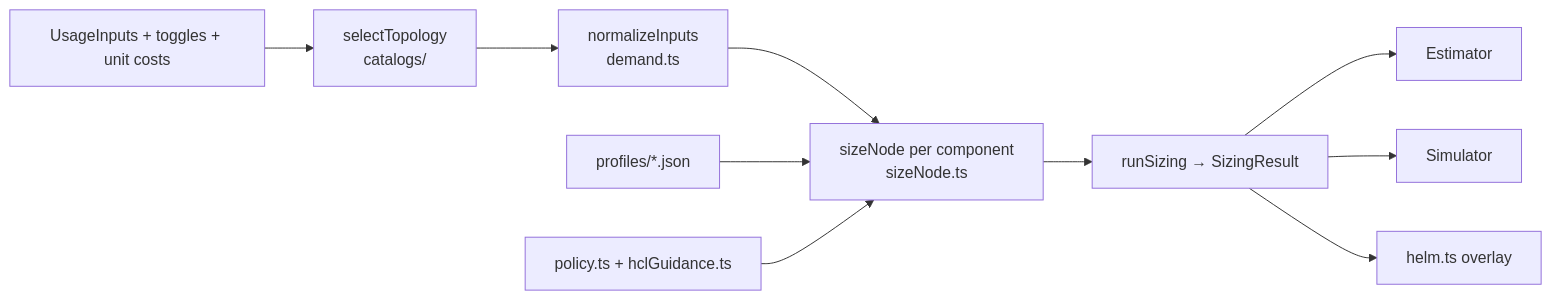
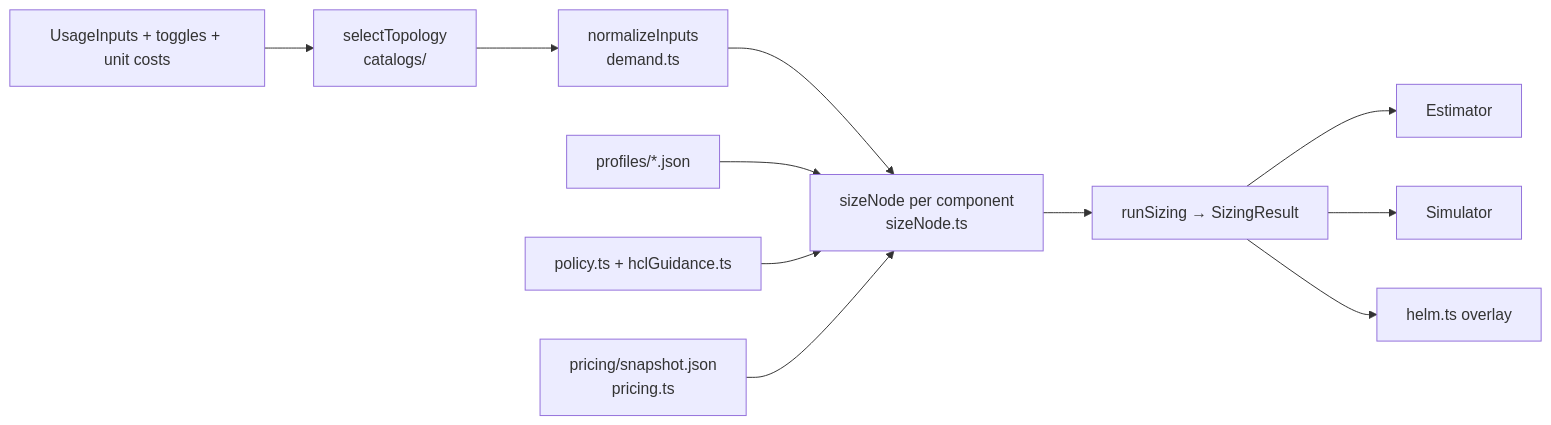
The diagram in docs/SPEC.md (tanphan/dx-sizing-tool), drawn with Mermaid before and after one commit. The commit also changed other lines of this file and 19 other files, not shown here.

````diff
--- a/docs/SPEC.md
+++ b/docs/SPEC.md
@@ -26,10 +26,11 @@
 ```mermaid
 flowchart LR
   Inputs[UsageInputs + toggles + unit costs] --> Topology[selectTopology<br/>catalogs/]
   Topology --> Demand[normalizeInputs<br/>demand.ts]
   Demand --> Size[sizeNode per component<br/>sizeNode.ts]
   Profiles[profiles/*.json] --> Size
   Policy[policy.ts + hclGuidance.ts] --> Size
+  Prices[pricing/snapshot.json<br/>pricing.ts] --> Size
   Size --> Result[runSizing → SizingResult]
   Result --> Estimator & Simulator & Helm[helm.ts overlay]
 ```
````
